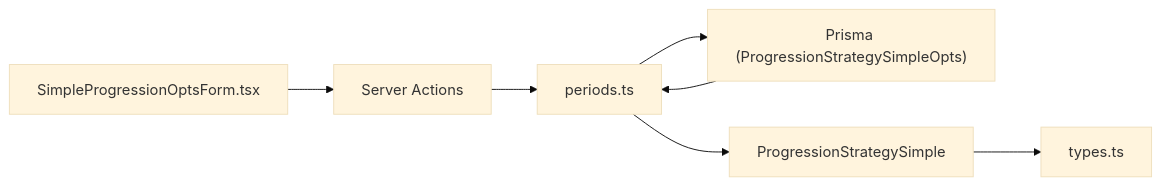
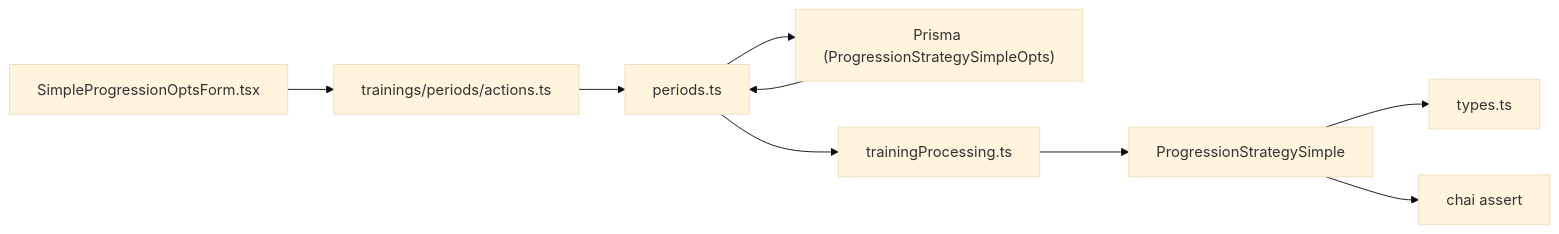
The ninth of 9 diagrams in .qoder/repowiki/en/content/Core Business Logic/Progression Strategies.md (Dezzpil/meingym), drawn with Mermaid (base theme) before and after one commit. The commit also changed other lines of this file and 12 other files, not shown here.

````diff
--- a/.qoder/repowiki/en/content/Core Business Logic/Progression Strategies.md
+++ b/.qoder/repowiki/en/content/Core Business Logic/Progression Strategies.md
@@ -335,9 +438,11 @@
 ```mermaid
 graph LR
-UI["SimpleProgressionOptsForm.tsx"] --> API["Server Actions"]
+UI["SimpleProgressionOptsForm.tsx"] --> API["trainings/periods/actions.ts"]
 API --> Periods["periods.ts"]
 Periods --> DB["Prisma (ProgressionStrategySimpleOpts)"]
 DB --> Periods
-Periods --> Strategy["ProgressionStrategySimple"]
+Periods --> TP["trainingProcessing.ts"]
+TP --> Strategy["ProgressionStrategySimple"]
 Strategy --> Types["types.ts"]
+Strategy --> Assert["chai assert"]
 ```
````
